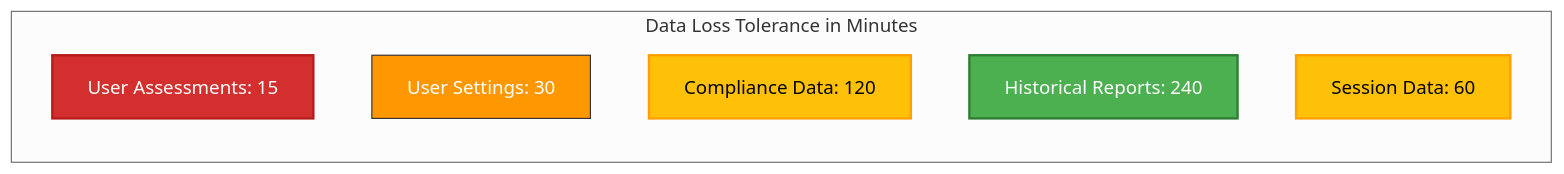
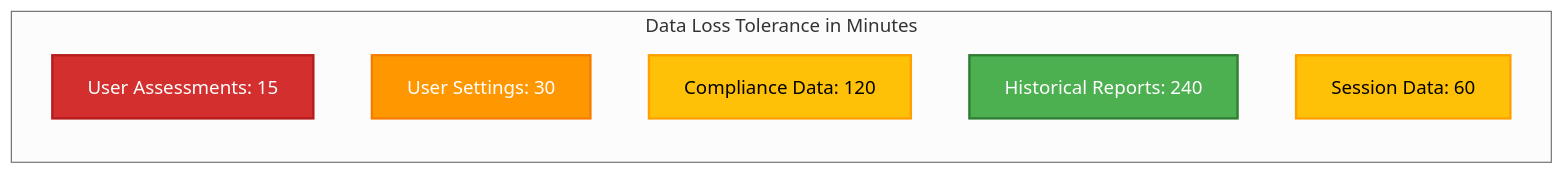
Before and after one commit to Hack23/cia-compliance-manager: diagram 12 of 33 in docs/architecture/BCPPlan.md, drawn with Mermaid (neutral theme). The commit also changed other lines of this file and 5 other files, not shown here.

````diff
--- a/docs/architecture/BCPPlan.md
+++ b/docs/architecture/BCPPlan.md
@@ -518,21 +518,21 @@
 ```mermaid
 graph LR
     subgraph "Data Loss Tolerance in Minutes"
         UA["User Assessments: 15"]
         US["User Settings: 30"]
         CD["Compliance Data: 120"]
         HR["Historical Reports: 240"]
         SD["Session Data: 60"]
     end
 
     classDef critical fill:#D32F2F,stroke:#B71C1C,stroke-width:2px,color:#ffffff
-    classDef high fill:#FF9800,stroke:#F57C00,stroke-width:2px,color:#ffffff,stroke:#333,stroke-width:1px;
+    classDef high fill:#FF9800,stroke:#F57C00,stroke-width:2px,color:#ffffff
     classDef medium fill:#FFC107,stroke:#FFA000,stroke-width:2px,color:#000000
     classDef standard fill:#4CAF50,stroke:#2E7D32,stroke-width:2px,color:#ffffff
     
     class UA critical
     class US high
     class SD medium
     class CD medium
     class HR standard
 ```
````
